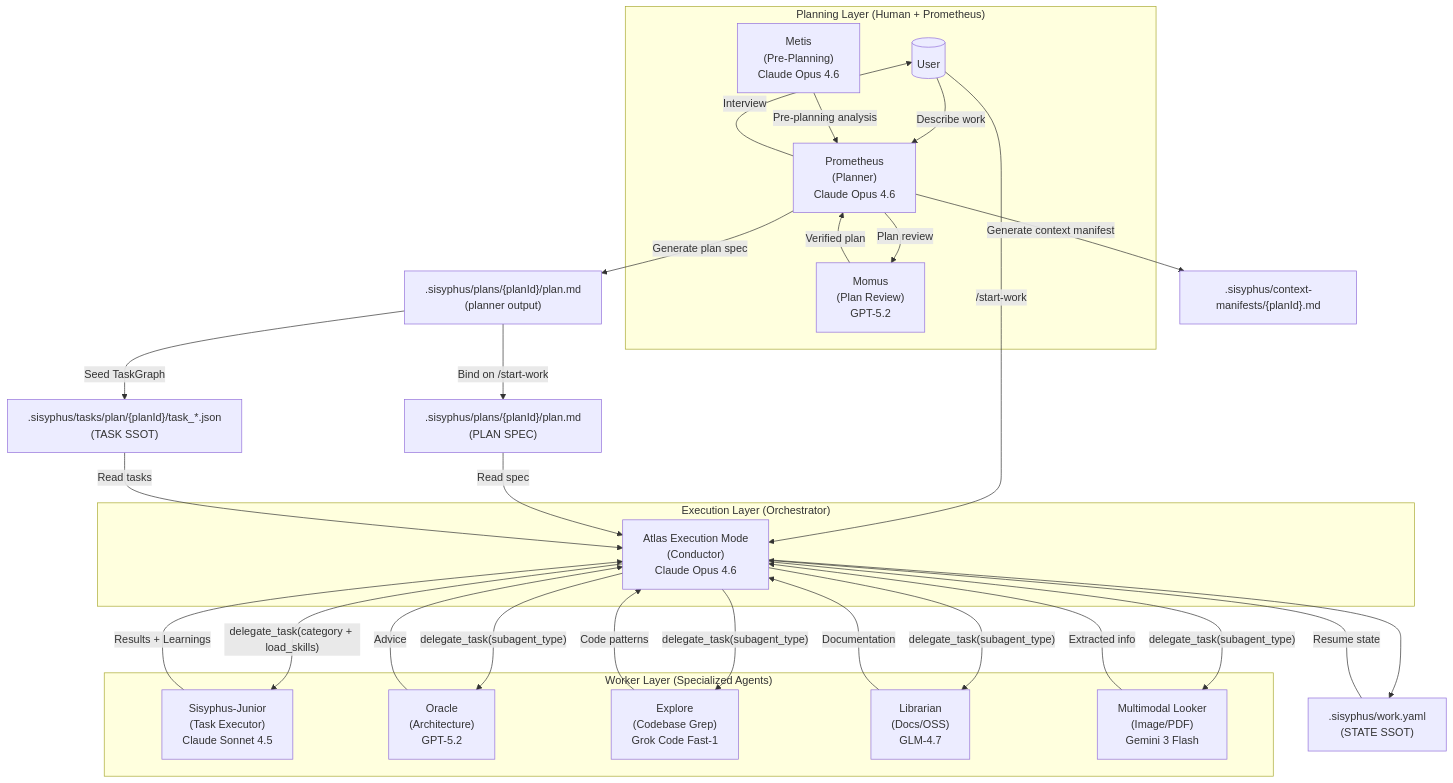
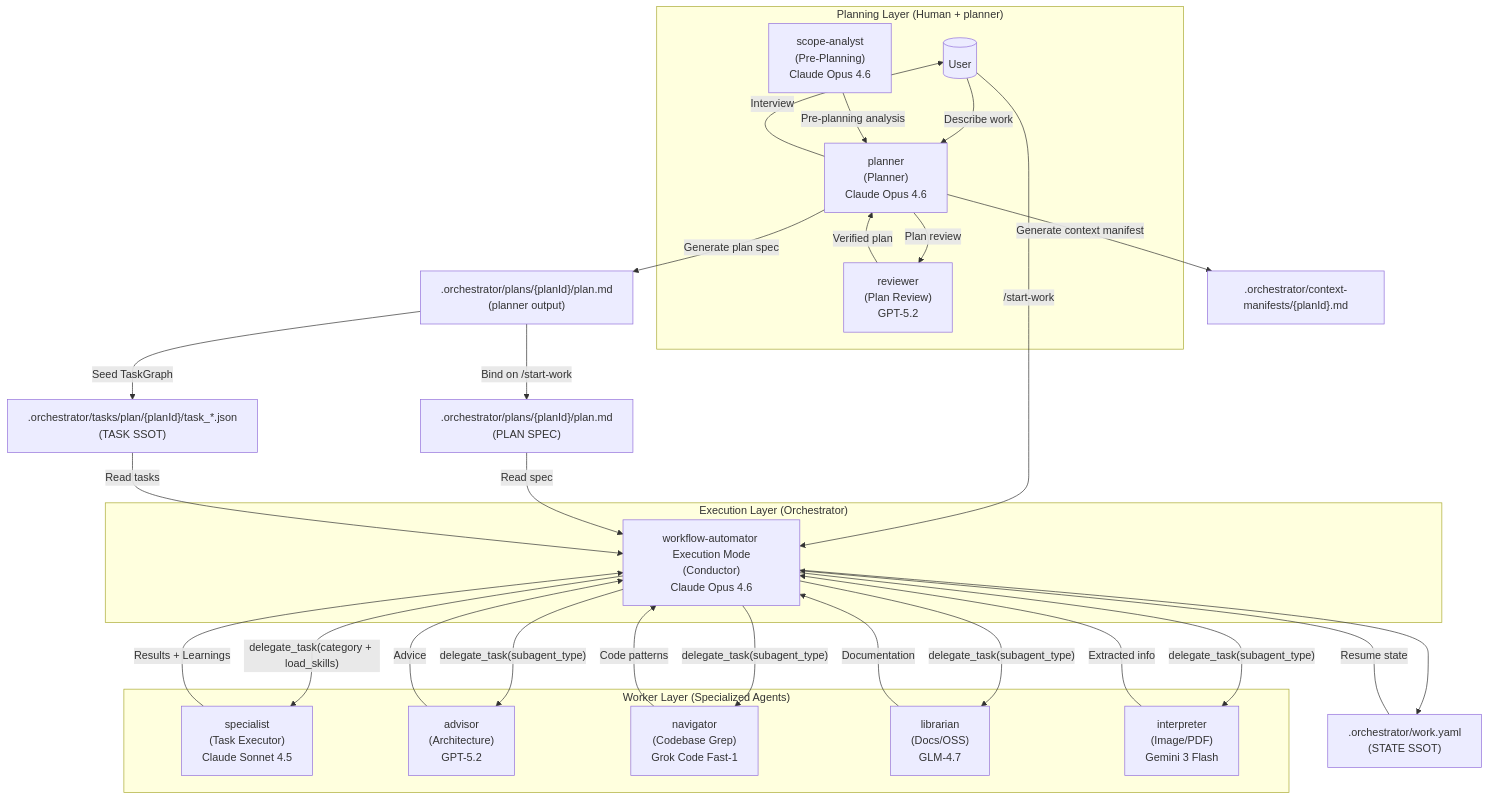
Before and after one commit to arcthur/oh-my-opencode: the first of 4 diagrams in docs/guide/understanding-orchestration-system.md, drawn with Mermaid. The commit also changed other lines of this file and 416 other files, not shown here.

````diff
--- a/docs/guide/understanding-orchestration-system.md
+++ b/docs/guide/understanding-orchestration-system.md
@@ -22,49 +22,49 @@
 ```mermaid
 flowchart TB
-    subgraph Planning["Planning Layer (Human + Prometheus)"]
+    subgraph Planning["Planning Layer (Human + planner)"]
         User[("User")]
-        Prometheus["Prometheus<br/>(Planner)<br/>Claude Opus 4.6"]
-        Metis["Metis<br/>(Pre-Planning)<br/>Claude Opus 4.6"]
-        Momus["Momus<br/>(Plan Review)<br/>GPT-5.2"]
+        planner["planner<br/>(Planner)<br/>Claude Opus 4.6"]
+        scope-analyst["scope-analyst<br/>(Pre-Planning)<br/>Claude Opus 4.6"]
+        reviewer["reviewer<br/>(Plan Review)<br/>GPT-5.2"]
     end
     
     subgraph Execution["Execution Layer (Orchestrator)"]
-        Orchestrator["Atlas Execution Mode<br/>(Conductor)<br/>Claude Opus 4.6"]
+        Orchestrator["workflow-automator Execution Mode<br/>(Conductor)<br/>Claude Opus 4.6"]
     end
     
     subgraph Workers["Worker Layer (Specialized Agents)"]
-        Junior["Sisyphus-Junior<br/>(Task Executor)<br/>Claude Sonnet 4.5"]
-        Oracle["Oracle<br/>(Architecture)<br/>GPT-5.2"]
-        Explore["Explore<br/>(Codebase Grep)<br/>Grok Code Fast-1"]
-        Librarian["Librarian<br/>(Docs/OSS)<br/>GLM-4.7"]
-        Multimodal["Multimodal Looker<br/>(Image/PDF)<br/>Gemini 3 Flash"]
+        Junior["specialist<br/>(Task Executor)<br/>Claude Sonnet 4.5"]
+        advisor["advisor<br/>(Architecture)<br/>GPT-5.2"]
+        navigator["navigator<br/>(Codebase Grep)<br/>Grok Code Fast-1"]
+        Librarian["librarian<br/>(Docs/OSS)<br/>GLM-4.7"]
+        Interpreter["interpreter<br/>(Image/PDF)<br/>Gemini 3 Flash"]
     end
     
-    User -->|"Describe work"| Prometheus
-    Prometheus -->|"Interview"| User
-    Prometheus -->|"Generate plan spec"| PlanSpec[".sisyphus/plans/{planId}/plan.md<br/>(planner output)"]
-    Prometheus -->|"Generate context manifest"| Manifest[".sisyphus/context-manifests/{planId}.md"]
-    Metis -->|"Pre-planning analysis"| Prometheus
-    Prometheus -->|"Plan review"| Momus
-    Momus -->|"Verified plan"| Prometheus
+    User -->|"Describe work"| planner
+    planner -->|"Interview"| User
+    planner -->|"Generate plan spec"| PlanSpec[".orchestrator/plans/{planId}/plan.md<br/>(planner output)"]
+    planner -->|"Generate context manifest"| Manifest[".orchestrator/context-manifests/{planId}.md"]
+    scope-analyst -->|"Pre-planning analysis"| planner
+    planner -->|"Plan review"| reviewer
+    reviewer -->|"Verified plan"| planner
     
     User -->|"/start-work"| Orchestrator
-    Orchestrator --> WorkState[".sisyphus/work.yaml<br/>(STATE SSOT)"]
-    PlanSpec -->|"Bind on /start-work"| Plan[".sisyphus/plans/{planId}/plan.md<br/>(PLAN SPEC)"]
-    PlanSpec -->|"Seed TaskGraph"| TaskGraph[".sisyphus/tasks/plan/{planId}/task_*.json<br/>(TASK SSOT)"]
+    Orchestrator --> WorkState[".orchestrator/work.yaml<br/>(STATE SSOT)"]
+    PlanSpec -->|"Bind on /start-work"| Plan[".orchestrator/plans/{planId}/plan.md<br/>(PLAN SPEC)"]
+    PlanSpec -->|"Seed TaskGraph"| TaskGraph[".orchestrator/tasks/plan/{planId}/task_*.json<br/>(TASK SSOT)"]
     Plan -->|"Read spec"| Orchestrator
     TaskGraph -->|"Read tasks"| Orchestrator
     WorkState -->|"Resume state"| Orchestrator
     
     Orchestrator -->|"delegate_task(category + load_skills)"| Junior
-    Orchestrator -->|"delegate_task(subagent_type)"| Oracle
-    Orchestrator -->|"delegate_task(subagent_type)"| Explore
+    Orchestrator -->|"delegate_task(subagent_type)"| advisor
+    Orchestrator -->|"delegate_task(subagent_type)"| navigator
     Orchestrator -->|"delegate_task(subagent_type)"| Librarian
-    Orchestrator -->|"delegate_task(subagent_type)"| Multimodal
+    Orchestrator -->|"delegate_task(subagent_type)"| Interpreter
     
     Junior -->|"Results + Learnings"| Orchestrator
-    Oracle -->|"Advice"| Orchestrator
-    Explore -->|"Code patterns"| Orchestrator
+    advisor -->|"Advice"| Orchestrator
+    navigator -->|"Code patterns"| Orchestrator
     Librarian -->|"Documentation"| Orchestrator
-    Multimodal -->|"Extracted info"| Orchestrator
+    Interpreter -->|"Extracted info"| Orchestrator
 ```
````
